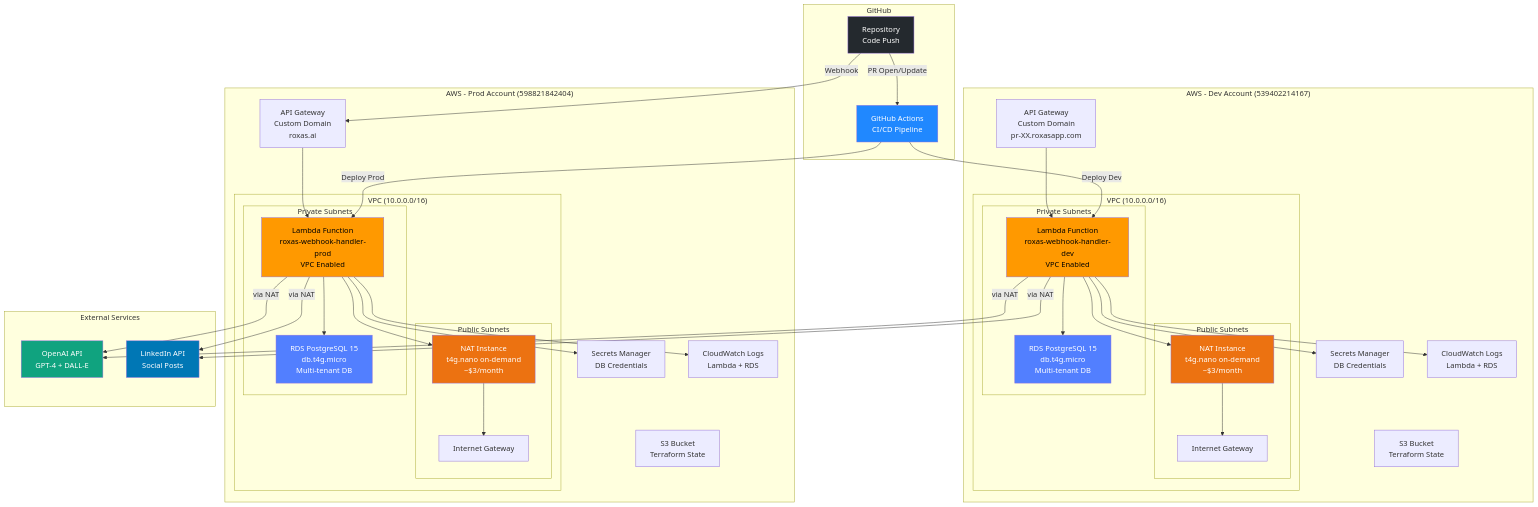
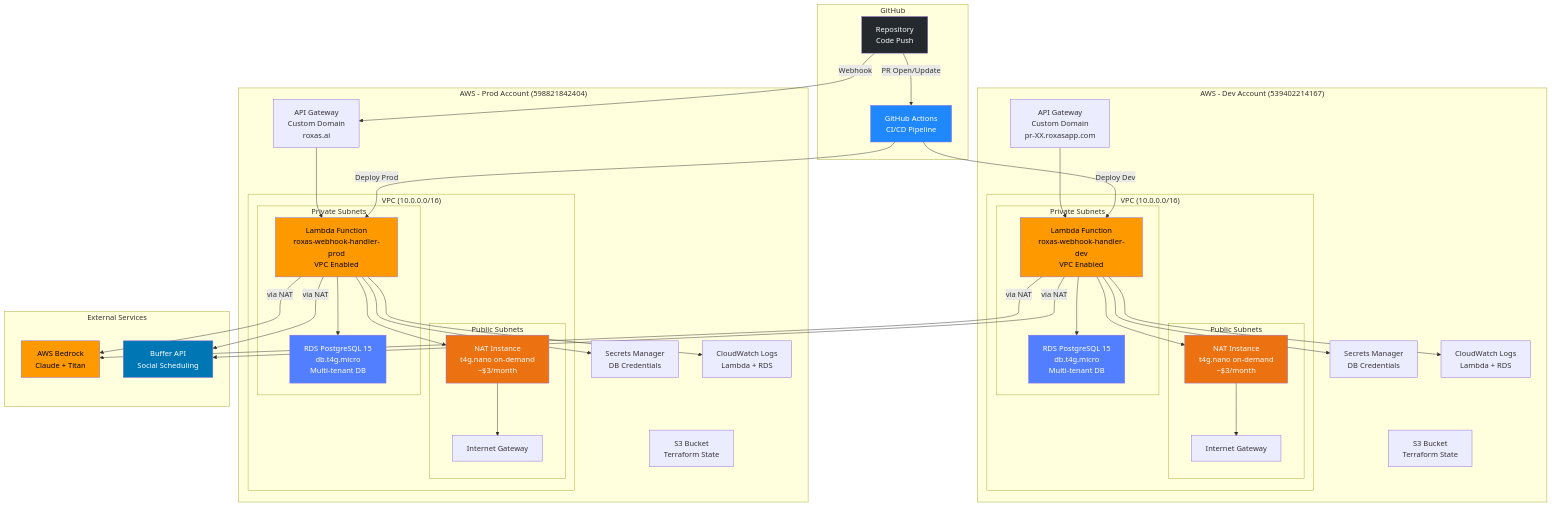
Before and after one commit to michaellady/roxas: the third of 5 diagrams in README.md, drawn with Mermaid. The commit also changed other lines of this file and 6 other files, not shown here.

First line of the commit message:
Replace OpenAI with AWS Bedrock and integrate Buffer API

````diff
--- a/README.md
+++ b/README.md
@@ -140,8 +142,8 @@
     end
 
     subgraph "External Services"
-        OpenAI[OpenAI API<br/>GPT-4 + DALL-E]
-        LinkedIn[LinkedIn API<br/>Social Posts]
+        Bedrock[AWS Bedrock<br/>Claude + Titan]
+        BufferAPI[Buffer API<br/>Social Scheduling]
     end
 
     Repo -->|Webhook| APIGW_Prod
@@ -149,10 +151,10 @@
     Actions -->|Deploy Dev| Lambda_Dev
     Actions -->|Deploy Prod| Lambda_Prod
 
-    Lambda_Dev -->|via NAT| OpenAI
-    Lambda_Dev -->|via NAT| LinkedIn
-    Lambda_Prod -->|via NAT| OpenAI
-    Lambda_Prod -->|via NAT| LinkedIn
+    Lambda_Dev -->|via NAT| Bedrock
+    Lambda_Dev -->|via NAT| BufferAPI
+    Lambda_Prod -->|via NAT| Bedrock
+    Lambda_Prod -->|via NAT| BufferAPI
 
     style Repo fill:#24292e,color:#fff
     style Actions fill:#2088ff,color:#fff
@@ -162,6 +164,6 @@
     style RDS_Prod fill:#527fff,color:#fff
     style NAT_Dev fill:#ec7211,color:#fff
     style NAT_Prod fill:#ec7211,color:#fff
-    style OpenAI fill:#10a37f,color:#fff
-    style LinkedIn fill:#0077b5,color:#fff
+    style Bedrock fill:#ff9900,color:#000
+    style BufferAPI fill:#0077b5,color:#fff
 ```
````
